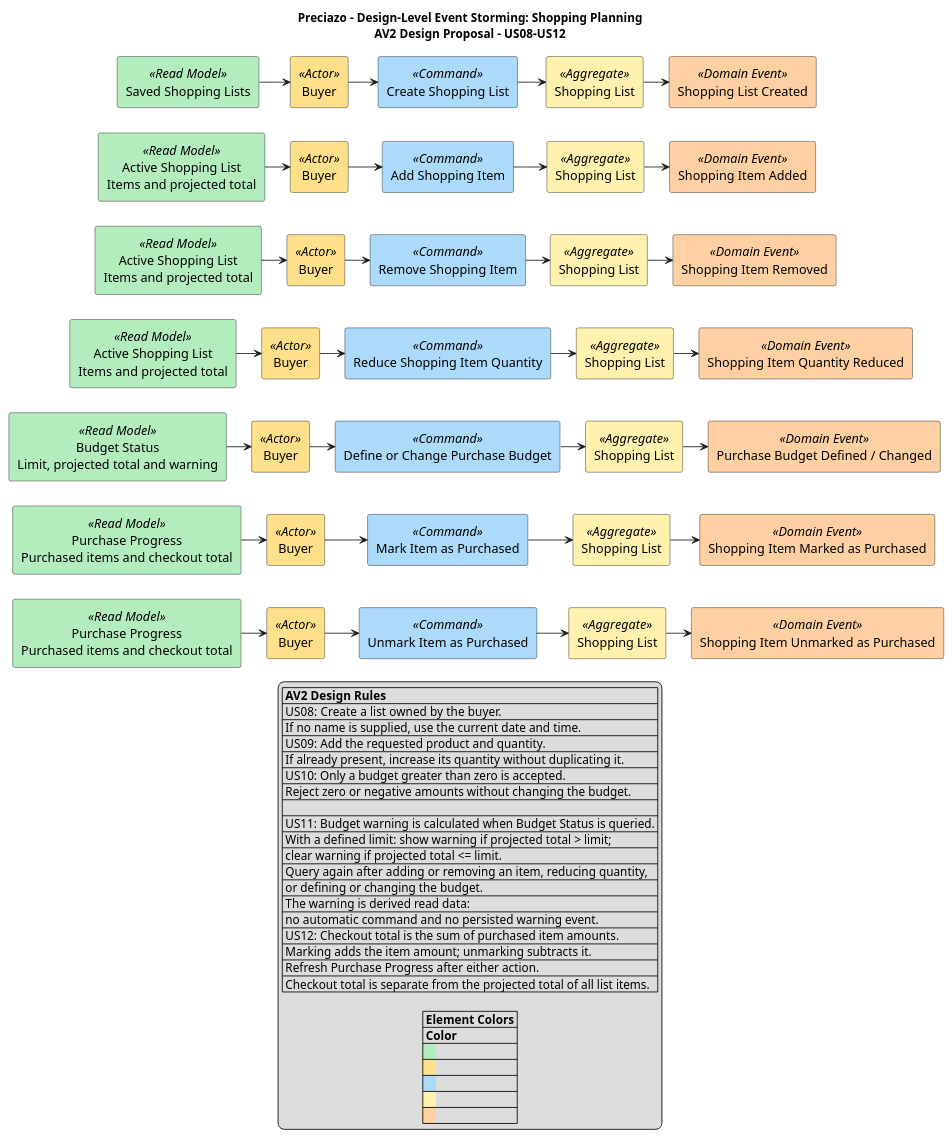
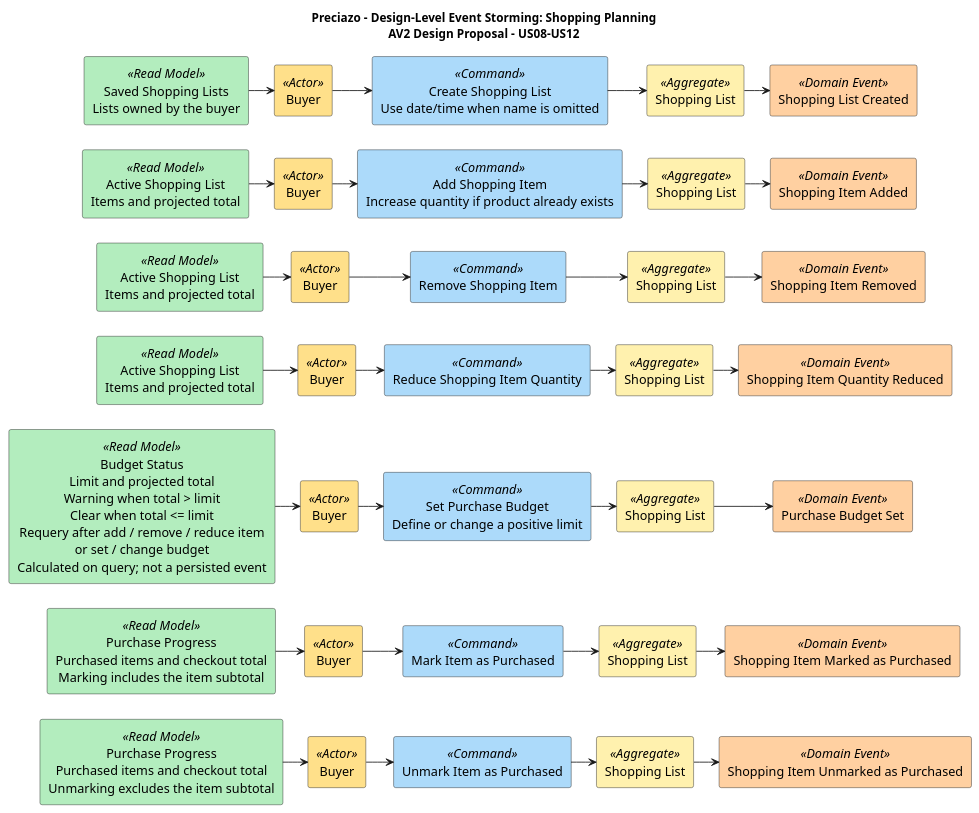
Before and after one commit to Open-Source-1ASI0729-2620-7750/preciazo-report: the diagram in docs/architecture/event-storming/shopping-planning.puml, drawn with PlantUML. The commit also changed 9 other files, not shown here.

Commit message:
docs(shopping-planning): align AV2 design with reference guides

```diff
--- a/docs/architecture/event-storming/shopping-planning.puml
+++ b/docs/architecture/event-storming/shopping-planning.puml
@@ -1,146 +1,117 @@
 @startuml Preciazo_Event_Storming_shopping_planning
 top to bottom direction
 
 title
 Preciazo - Design-Level Event Storming: Shopping Planning
 AV2 Design Proposal - US08-US12
 end title
 skinparam shadowing false
 skinparam defaultFontSize 15
 skinparam defaultTextAlignment center
 skinparam nodesep 30
 skinparam ranksep 30
 skinparam rectanglePadding 12
 
-rectangle "Saved Shopping Lists" as read0 <<Read Model>> #B3EDBE
+rectangle "Saved Shopping Lists\nLists owned by the buyer" as read0 <<Read Model>> #B3EDBE
 rectangle "Buyer" as buyer0 <<Actor>> #FFE08A
-rectangle "Create Shopping List" as command0 <<Command>> #ACDAFA
+rectangle "Create Shopping List\nUse date/time when name is omitted" as command0 <<Command>> #ACDAFA
 rectangle "Shopping List" as aggregate0 <<Aggregate>> #FFF1AE
 rectangle "Shopping List Created" as event0 <<Domain Event>> #FFD0A1
 read0 -right-> buyer0
 buyer0 -right-> command0
 command0 -right-> aggregate0
 aggregate0 -right-> event0
 
 rectangle "Active Shopping List\nItems and projected total" as read1 <<Read Model>> #B3EDBE
 rectangle "Buyer" as buyer1 <<Actor>> #FFE08A
-rectangle "Add Shopping Item" as command1 <<Command>> #ACDAFA
+rectangle "Add Shopping Item\nIncrease quantity if product already exists" as command1 <<Command>> #ACDAFA
 rectangle "Shopping List" as aggregate1 <<Aggregate>> #FFF1AE
 rectangle "Shopping Item Added" as event1 <<Domain Event>> #FFD0A1
 read1 -right-> buyer1
 buyer1 -right-> command1
 command1 -right-> aggregate1
 aggregate1 -right-> event1
 
 rectangle "Active Shopping List\nItems and projected total" as read2 <<Read Model>> #B3EDBE
 rectangle "Buyer" as buyer2 <<Actor>> #FFE08A
 rectangle "Remove Shopping Item" as command2 <<Command>> #ACDAFA
 rectangle "Shopping List" as aggregate2 <<Aggregate>> #FFF1AE
 rectangle "Shopping Item Removed" as event2 <<Domain Event>> #FFD0A1
 read2 -right-> buyer2
 buyer2 -right-> command2
 command2 -right-> aggregate2
 aggregate2 -right-> event2
 
 rectangle "Active Shopping List\nItems and projected total" as read3 <<Read Model>> #B3EDBE
 rectangle "Buyer" as buyer3 <<Actor>> #FFE08A
 rectangle "Reduce Shopping Item Quantity" as command3 <<Command>> #ACDAFA
 rectangle "Shopping List" as aggregate3 <<Aggregate>> #FFF1AE
 rectangle "Shopping Item Quantity Reduced" as event3 <<Domain Event>> #FFD0A1
 read3 -right-> buyer3
 buyer3 -right-> command3
 command3 -right-> aggregate3
 aggregate3 -right-> event3
 
-rectangle "Budget Status\nLimit, projected total and warning" as read4 <<Read Model>> #B3EDBE
+rectangle "Budget Status\nLimit and projected total\nWarning when total > limit\nClear when total <= limit\nRequery after add / remove / reduce item\nor set / change budget\nCalculated on query; not a persisted event" as read4 <<Read Model>> #B3EDBE
 rectangle "Buyer" as buyer4 <<Actor>> #FFE08A
-rectangle "Define or Change Purchase Budget" as command4 <<Command>> #ACDAFA
+rectangle "Set Purchase Budget\nDefine or change a positive limit" as command4 <<Command>> #ACDAFA
 rectangle "Shopping List" as aggregate4 <<Aggregate>> #FFF1AE
-rectangle "Purchase Budget Defined / Changed" as event4 <<Domain Event>> #FFD0A1
+rectangle "Purchase Budget Set" as event4 <<Domain Event>> #FFD0A1
 read4 -right-> buyer4
 buyer4 -right-> command4
 command4 -right-> aggregate4
 aggregate4 -right-> event4
 
-rectangle "Purchase Progress\nPurchased items and checkout total" as read5 <<Read Model>> #B3EDBE
+rectangle "Purchase Progress\nPurchased items and checkout total\nMarking includes the item subtotal" as read5 <<Read Model>> #B3EDBE
 rectangle "Buyer" as buyer5 <<Actor>> #FFE08A
 rectangle "Mark Item as Purchased" as command5 <<Command>> #ACDAFA
 rectangle "Shopping List" as aggregate5 <<Aggregate>> #FFF1AE
 rectangle "Shopping Item Marked as Purchased" as event5 <<Domain Event>> #FFD0A1
 read5 -right-> buyer5
 buyer5 -right-> command5
 command5 -right-> aggregate5
 aggregate5 -right-> event5
 
-rectangle "Purchase Progress\nPurchased items and checkout total" as read6 <<Read Model>> #B3EDBE
+rectangle "Purchase Progress\nPurchased items and checkout total\nUnmarking excludes the item subtotal" as read6 <<Read Model>> #B3EDBE
 rectangle "Buyer" as buyer6 <<Actor>> #FFE08A
 rectangle "Unmark Item as Purchased" as command6 <<Command>> #ACDAFA
 rectangle "Shopping List" as aggregate6 <<Aggregate>> #FFF1AE
 rectangle "Shopping Item Unmarked as Purchased" as event6 <<Domain Event>> #FFD0A1
 read6 -right-> buyer6
 buyer6 -right-> command6
 command6 -right-> aggregate6
 aggregate6 -right-> event6
 
 ' Keep corresponding columns aligned and rows ordered from top to bottom.
 read0 -[hidden]down-> read1
 buyer0 -[hidden]down-> buyer1
 command0 -[hidden]down-> command1
 aggregate0 -[hidden]down-> aggregate1
 event0 -[hidden]down-> event1
 read1 -[hidden]down-> read2
 buyer1 -[hidden]down-> buyer2
 command1 -[hidden]down-> command2
 aggregate1 -[hidden]down-> aggregate2
 event1 -[hidden]down-> event2
 read2 -[hidden]down-> read3
 buyer2 -[hidden]down-> buyer3
 command2 -[hidden]down-> command3
 aggregate2 -[hidden]down-> aggregate3
 event2 -[hidden]down-> event3
 read3 -[hidden]down-> read4
 buyer3 -[hidden]down-> buyer4
 command3 -[hidden]down-> command4
 aggregate3 -[hidden]down-> aggregate4
 event3 -[hidden]down-> event4
 read4 -[hidden]down-> read5
 buyer4 -[hidden]down-> buyer5
 command4 -[hidden]down-> command5
 aggregate4 -[hidden]down-> aggregate5
 event4 -[hidden]down-> event5
 read5 -[hidden]down-> read6
 buyer5 -[hidden]down-> buyer6
 command5 -[hidden]down-> command6
 aggregate5 -[hidden]down-> aggregate6
 event5 -[hidden]down-> event6
 
-legend bottom
-|= AV2 Design Rules |
-| US08: Create a list owned by the buyer. |
-| If no name is supplied, use the current date and time. |
-| US09: Add the requested product and quantity. |
-| If already present, increase its quantity without duplicating it. |
-| US10: Only a budget greater than zero is accepted. |
-| Reject zero or negative amounts without changing the budget. |
-|  |
-| US11: Budget warning is calculated when Budget Status is queried. |
-| With a defined limit: show warning if projected total > limit; |
-| clear warning if projected total <= limit. |
-| Query again after adding or removing an item, reducing quantity, |
-| or defining or changing the budget. |
-| The warning is derived read data: |
-| no automatic command and no persisted warning event. |
-| US12: Checkout total is the sum of purchased item amounts. |
-| Marking adds the item amount; unmarking subtracts it. |
-| Refresh Purchase Progress after either action. |
-| Checkout total is separate from the projected total of all list items. |
-
-|= Element Colors |
-|= Color |= Element |
-|<back:#B3EDBE>    </back>| Read Model |
-|<back:#FFE08A>    </back>| Buyer / Actor |
-|<back:#ACDAFA>    </back>| Command |
-|<back:#FFF1AE>    </back>| Shopping List Aggregate |
-|<back:#FFD0A1>    </back>| Domain Event |
-endlegend
 @enduml
```
